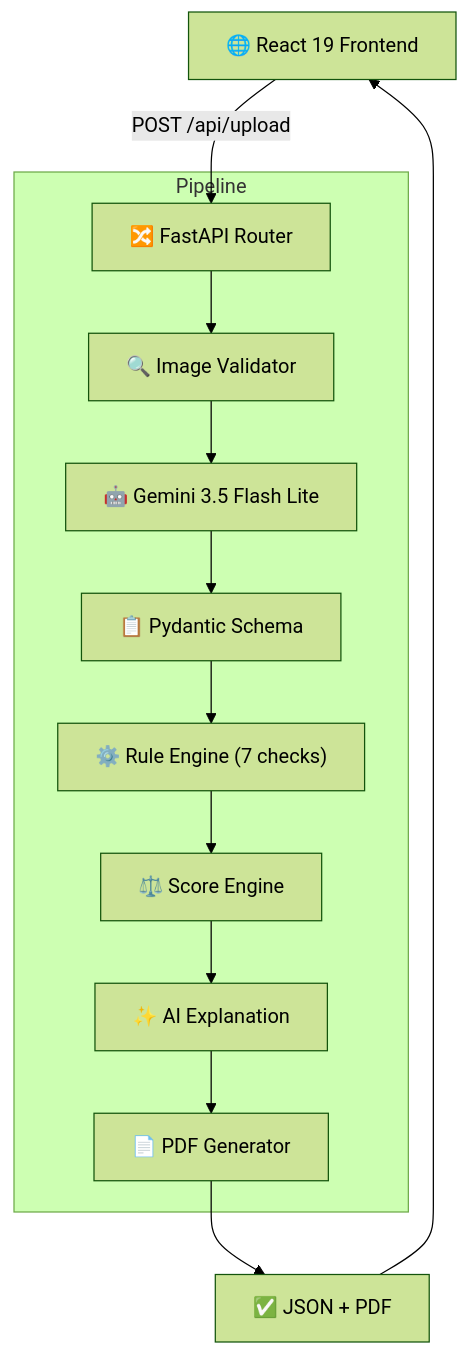
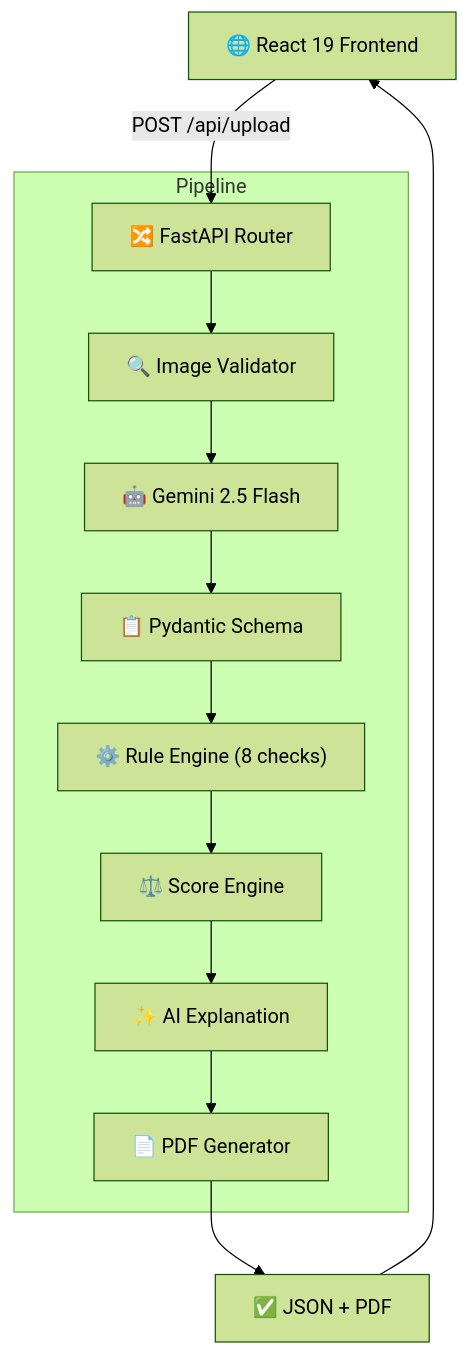
The first of 2 diagrams in README.md (mansi-wagh/ChartLie_Detector-AI), drawn with Mermaid (forest theme) before and after one commit. The commit also changed other lines of this file, not shown here.

````diff
--- a/README.md
+++ b/README.md
@@ -93,17 +78,17 @@
 ```mermaid
 graph TD
     UI["🌐 React 19 Frontend"] -->|POST /api/upload| API["🔀 FastAPI Router"]
     
     subgraph Pipeline
         API --> VAL["🔍 Image Validator"]
-        VAL --> VLM["🤖 Gemini 3.5 Flash Lite"]
+        VAL --> VLM["🤖 Gemini 2.5 Flash"]
         VLM --> META["📋 Pydantic Schema"]
-        META --> RULE["⚙️ Rule Engine (7 checks)"]
+        META --> RULE["⚙️ Rule Engine (8 checks)"]
         RULE --> SCORE["⚖️ Score Engine"]
         SCORE --> AI["✨ AI Explanation"]
         AI --> PDF["📄 PDF Generator"]
     end
     
     PDF --> RES["✅ JSON + PDF"]
     RES --> UI
 ```
````
